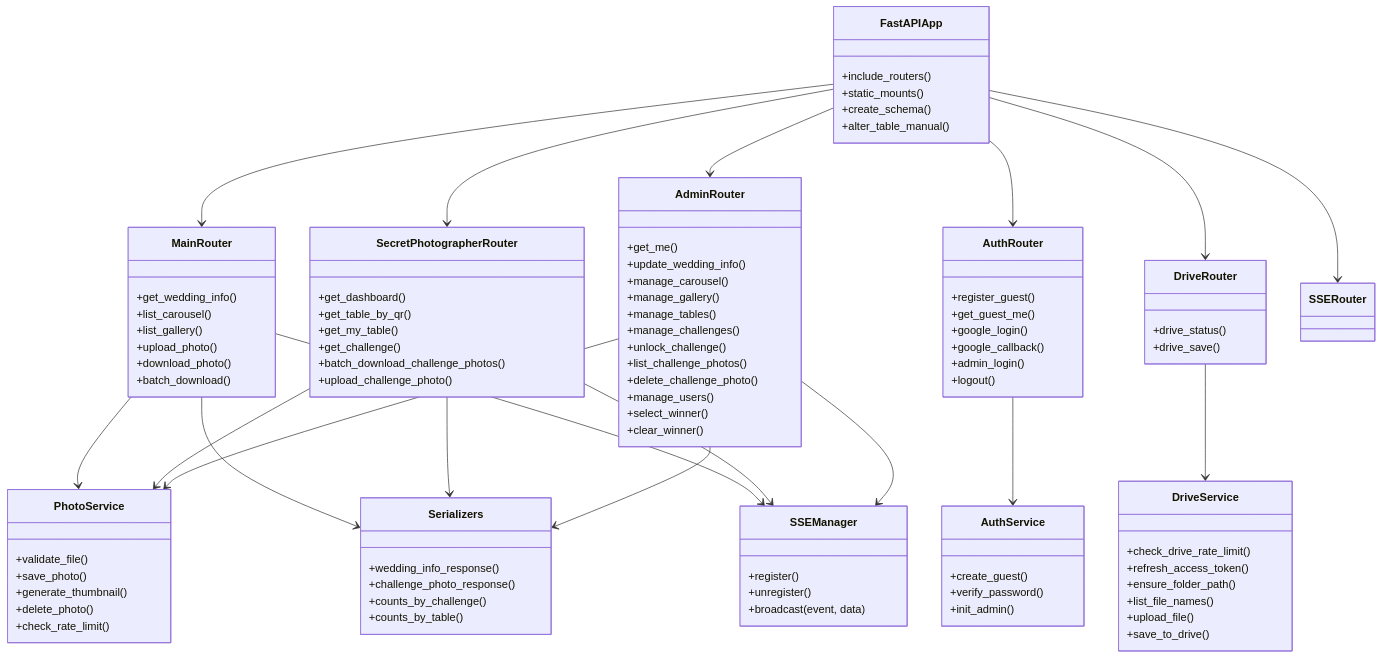
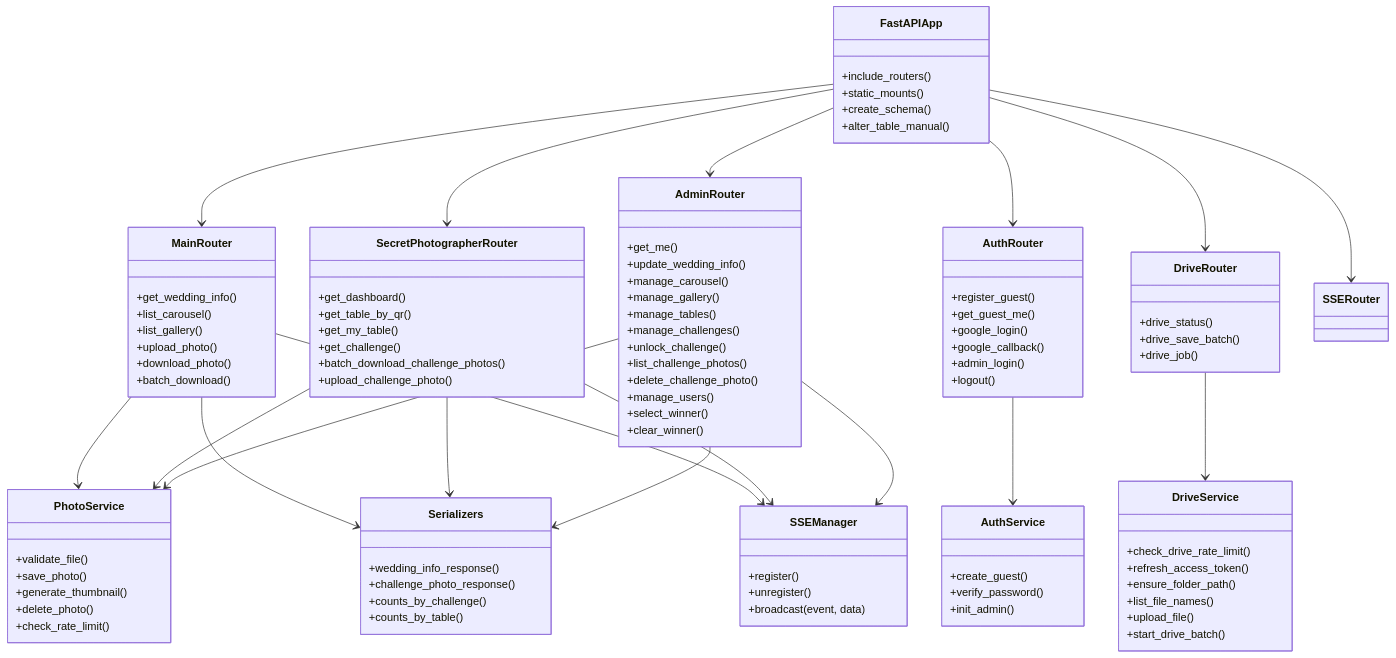
Diagram 11 of 12 in README.md (juniornff/wedding-photo-manager), drawn with Mermaid before and after one commit. The commit also changed other lines of this file and 10 other files, not shown here.

```diff
--- a/README.md
+++ b/README.md
@@ -464,7 +464,8 @@
 
     class DriveRouter {
         +drive_status()
-        +drive_save()
+        +drive_save_batch()
+        +drive_job()
     }
 
     class DriveService {
@@ -473,7 +474,7 @@
         +ensure_folder_path()
         +list_file_names()
         +upload_file()
-        +save_to_drive()
+        +start_drive_batch()
     }
 
     class PhotoService {
```
